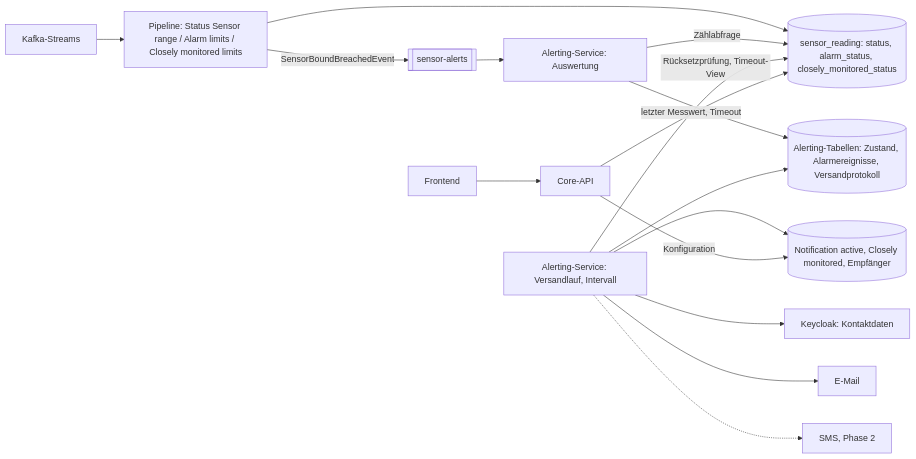
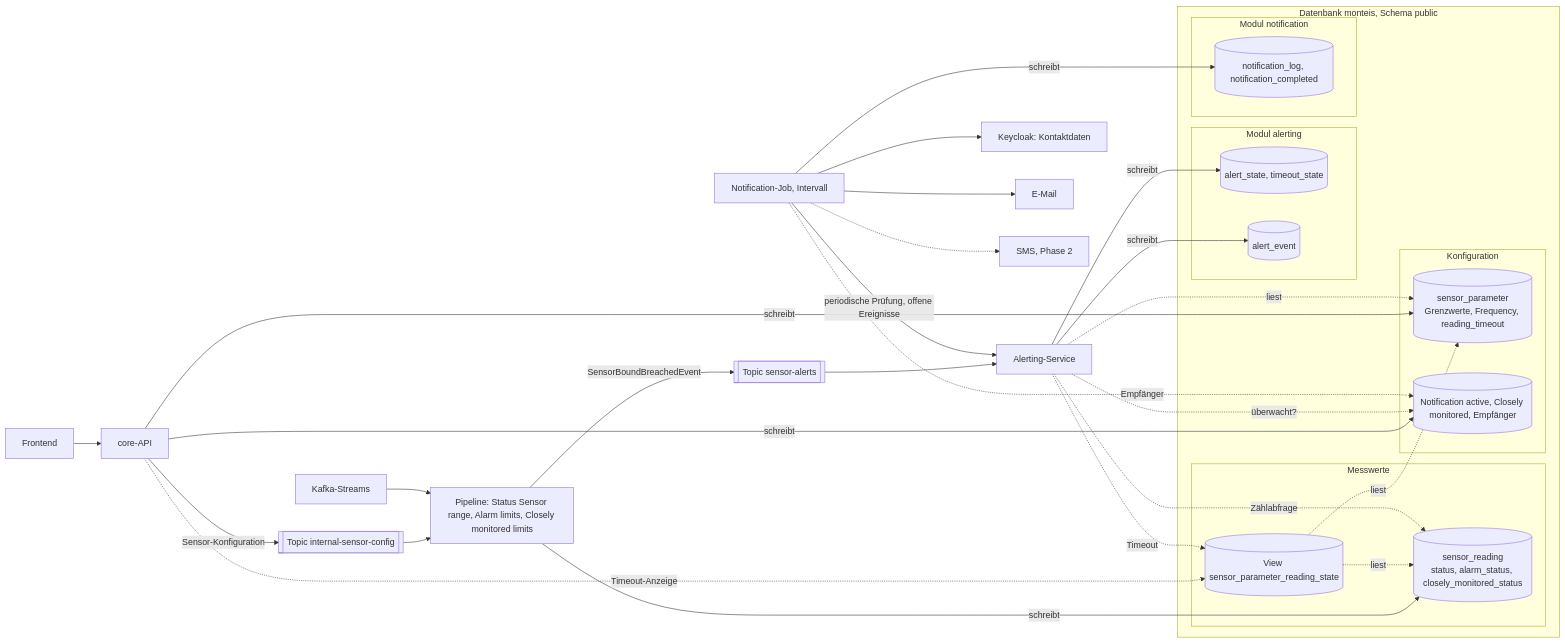
The diagram in alarming-architecture.md (swisstopo/lg-monteis), drawn with Mermaid before and after one commit. The commit also changed other lines of this file, not shown here.

````diff
--- a/alarming-architecture.md
+++ b/alarming-architecture.md
@@ -82,18 +86,46 @@
 ```mermaid
 flowchart LR
-   K[Kafka-Streams] --> P[Pipeline: Status Sensor range / Alarm limits / Closely monitored limits]
-   P --> DB[(sensor_reading: status, alarm_status, closely_monitored_status)]
-   P -- SensorBoundBreachedEvent --> T[[sensor-alerts]]
-   T --> A[Alerting-Service: Auswertung]
-   A -- Zählabfrage --> DB
-   A --> AZ[(Alerting-Tabellen: Zustand, Alarmereignisse, Versandprotokoll)]
-   J[Alerting-Service: Versandlauf, Intervall] --> AZ
-   J -- Rücksetzprüfung, Timeout-View --> DB
-   J --> R[(Notification active, Closely monitored, Empfänger)]
-   J --> KC[Keycloak: Kontaktdaten]
-   J --> M[E-Mail]
-   J -.-> S[SMS, Phase 2]
-   FE[Frontend] --> C[Core-API]
-   C -- Konfiguration --> R
-   C -- letzter Messwert, Timeout --> DB
+   FE[Frontend] --> C[core-API]
+   C -- Sensor-Konfiguration --> TC[["Topic internal-sensor-config"]]
+   TC --> P["Pipeline: Status Sensor range, Alarm limits, Closely monitored limits"]
+   K[Kafka-Streams] --> P
+   P -- SensorBoundBreachedEvent --> T[["Topic sensor-alerts"]]
+   T --> A[Alerting-Service]
+   N[Notification-Job, Intervall] -- periodische Prüfung, offene Ereignisse --> A
+
+   subgraph DBM["Datenbank monteis, Schema public"]
+      subgraph MW["Messwerte"]
+         SR[("sensor_reading<br/>status, alarm_status, closely_monitored_status")]
+         V[("View sensor_parameter_reading_state")]
+      end
+      subgraph KONF["Konfiguration"]
+         SP[("sensor_parameter<br/>Grenzwerte, Frequency, reading_timeout")]
+         CFG[("Notification active, Closely monitored, Empfänger")]
+      end
+      subgraph AL["Modul alerting"]
+         AS[("alert_state, timeout_state")]
+         AE[("alert_event")]
+      end
+      subgraph NO["Modul notification"]
+         NT[("notification_log, notification_completed")]
+      end
+   end
+
+   P -- schreibt --> SR
+   V -. liest .-> SR
+   V -. liest .-> SP
+   C -- schreibt --> SP
+   C -- schreibt --> CFG
+   C -. Timeout-Anzeige .-> V
+   A -. Zählabfrage .-> SR
+   A -. Timeout .-> V
+   A -. liest .-> SP
+   A -. überwacht? .-> CFG
+   A -- schreibt --> AS
+   A -- schreibt --> AE
+   N -. Empfänger .-> CFG
+   N -- schreibt --> NT
+   N --> KC[Keycloak: Kontaktdaten]
+   N --> M[E-Mail]
+   N -.-> S[SMS, Phase 2]
 ```
````
